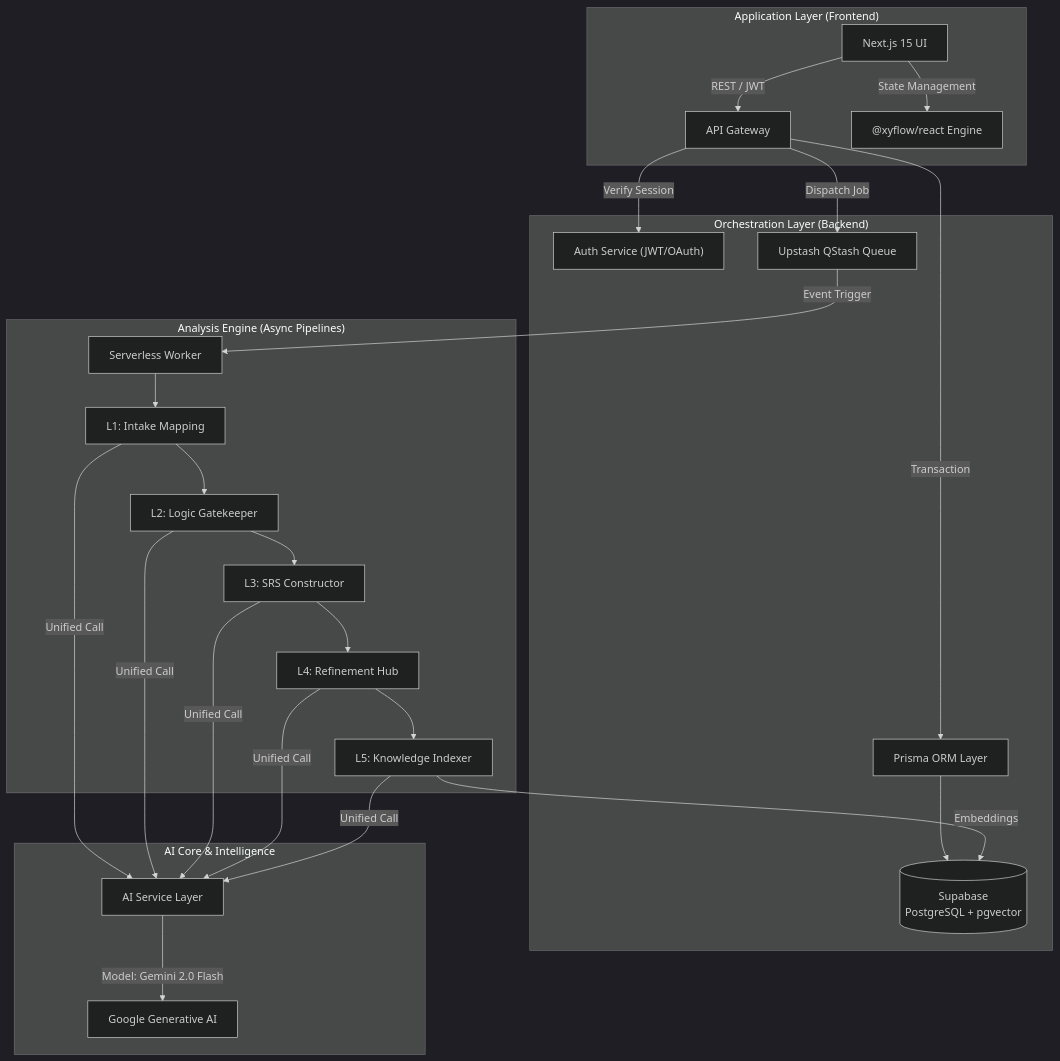
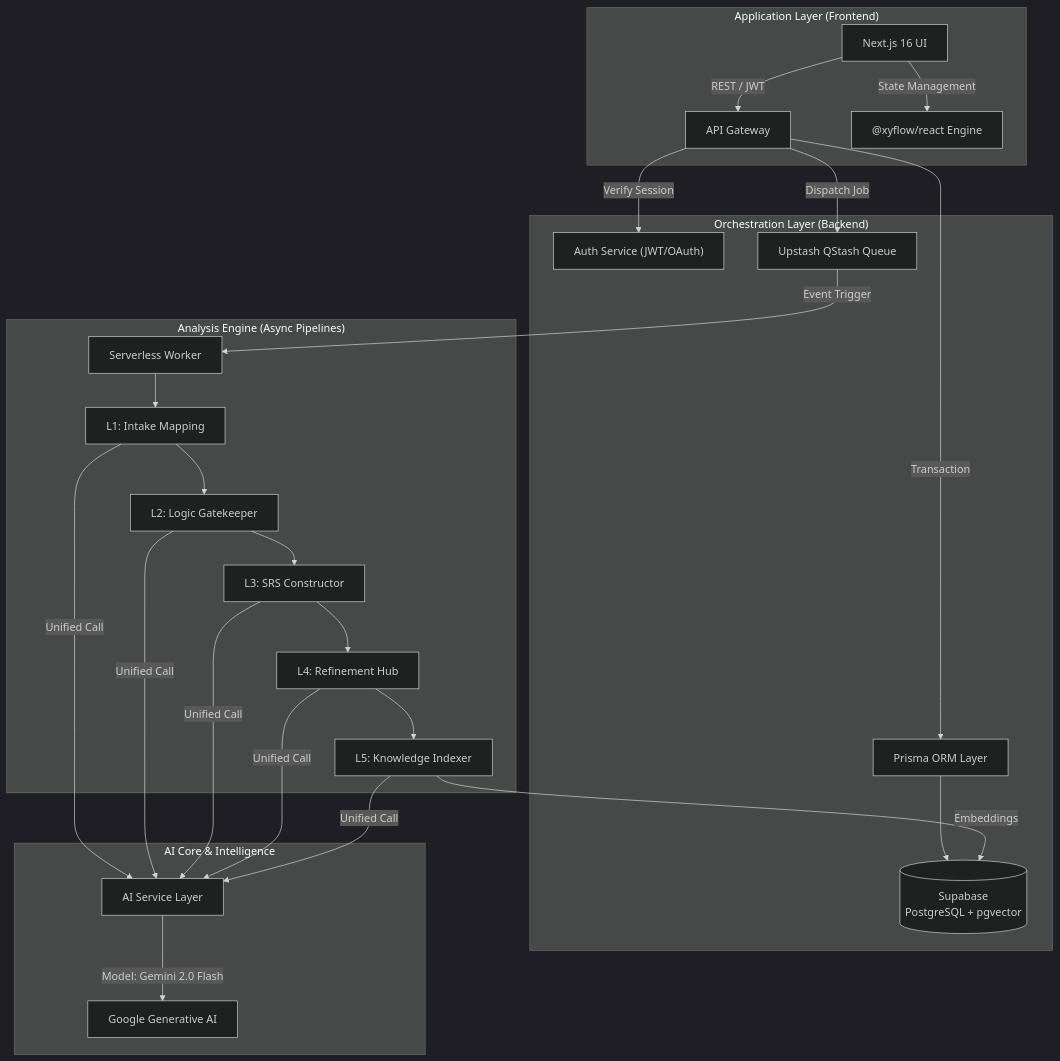
One commit to Aniket-a14/SRA changed the diagram in ARCHITECTURE.md. Above: the diagram before and after it, drawn with Mermaid (dark theme). The commit also changed 23 other files, not shown here.

````diff
--- a/ARCHITECTURE.md
+++ b/ARCHITECTURE.md
@@ -13,29 +13,29 @@
 ```mermaid
 graph TD
     subgraph "Application Layer (Frontend)"
-        UI["Next.js 15 UI"] -->|REST / JWT| Gateway["API Gateway"]
+        UI["Next.js 16 UI"] -->|REST / JWT| Gateway["API Gateway"]
         UI -->|State Management| ReactFlow["@xyflow/react Engine"]
     end
 
     subgraph "Orchestration Layer (Backend)"
         Gateway -->|Verify Session| Auth["Auth Service (JWT/OAuth)"]
         Gateway -->|Transaction| Prisma["Prisma ORM Layer"]
         Prisma --> DB[(Supabase <br/> PostgreSQL + pgvector)]
         Gateway -->|Dispatch Job| QStash["Upstash QStash Queue"]
     end
 
     subgraph "Analysis Engine (Async Pipelines)"
         QStash -->|Event Trigger| Worker["Serverless Worker"]
         Worker --> P1["L1: Intake Mapping"]
         P1 --> P2["L2: Logic Gatekeeper"]
         P2 --> P3["L3: SRS Constructor"]
         P3 --> P4["L4: Refinement Hub"]
         P4 --> P5["L5: Knowledge Indexer"]
     end
 
     subgraph "AI Core & Intelligence"
         P1 & P2 & P3 & P4 & P5 -->|Unified Call| AIService["AI Service Layer"]
         AIService -->|Model: Gemini 2.0 Flash| GenAI["Google Generative AI"]
         P5 -->|Embeddings| DB
     end
 ```
````
